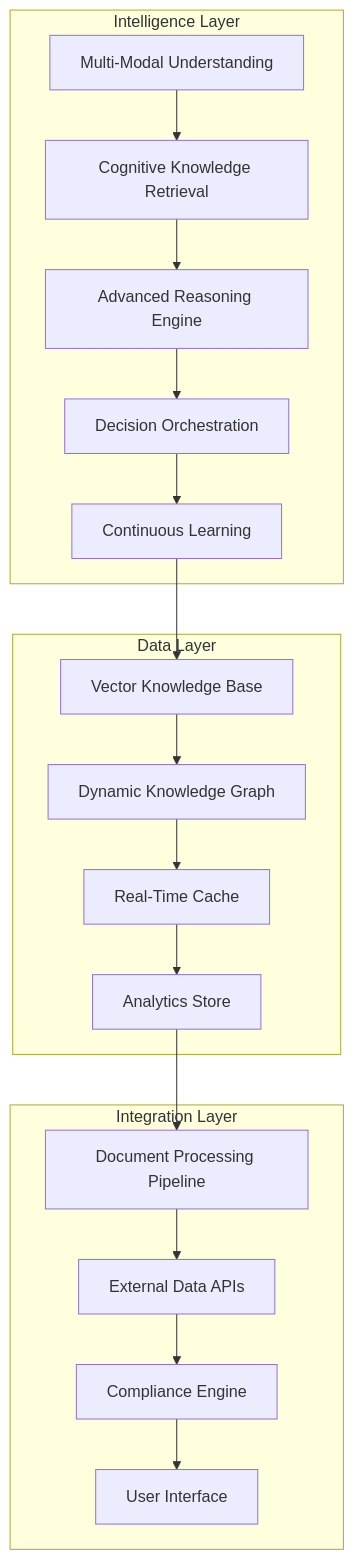
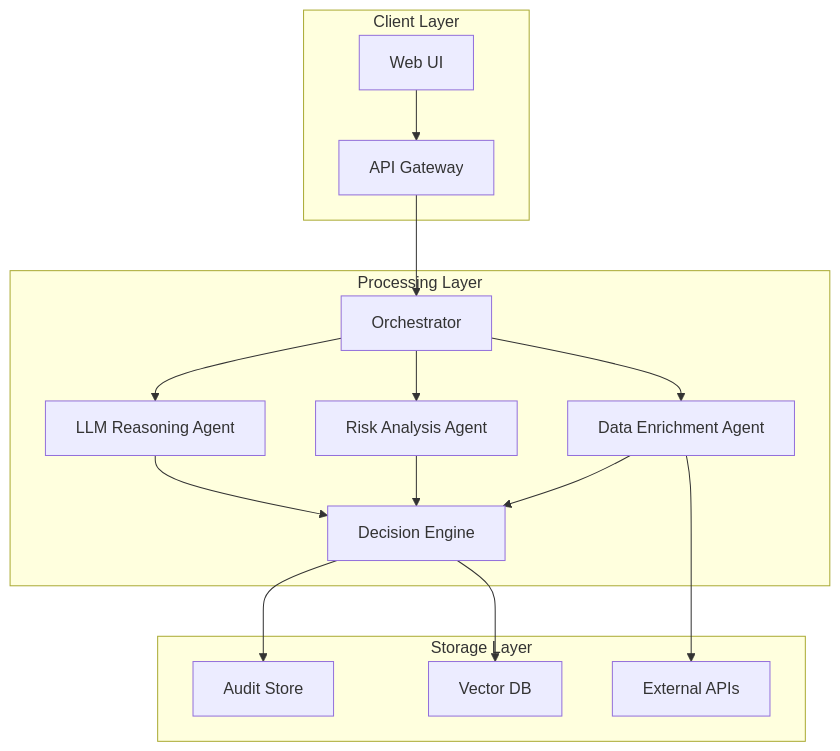
Before and after one commit to laknarayana9/AgenticQuote: the diagram in README.md, drawn with Mermaid. The commit also changed other lines of this file, not shown here.

````diff
--- a/README.md
+++ b/README.md
@@ -15,24 +29,22 @@
 ```mermaid
 graph TB
-    subgraph "Intelligence Layer"
-        A[Multi-Modal Understanding] --> B[Cognitive Knowledge Retrieval]
-        B --> C[Advanced Reasoning Engine]
-        C --> D[Decision Orchestration]
-        D --> E[Continuous Learning]
+    subgraph "Client Layer"
+        A[Web UI] --> B[API Gateway]
     end
     
-    subgraph "Data Layer"
-        F[Vector Knowledge Base] --> G[Dynamic Knowledge Graph]
-        G --> H[Real-Time Cache]
-        H --> I[Analytics Store]
+    subgraph "Processing Layer"
+        B --> C[Orchestrator]
+        C --> D[Data Enrichment Agent]
+        C --> E[Risk Analysis Agent]
+        C --> F[LLM Reasoning Agent]
+        D --> G[Decision Engine]
+        E --> G
+        F --> G
     end
     
-    subgraph "Integration Layer"
-        J[Document Processing Pipeline] --> K[External Data APIs]
-        K --> L[Compliance Engine]
-        L --> M[User Interface]
+    subgraph "Storage Layer"
+        G --> H[Audit Store]
+        G --> I[Vector DB]
+        D --> J[External APIs]
     end
-    
-    E --> F
-    I --> J
 ```
````
